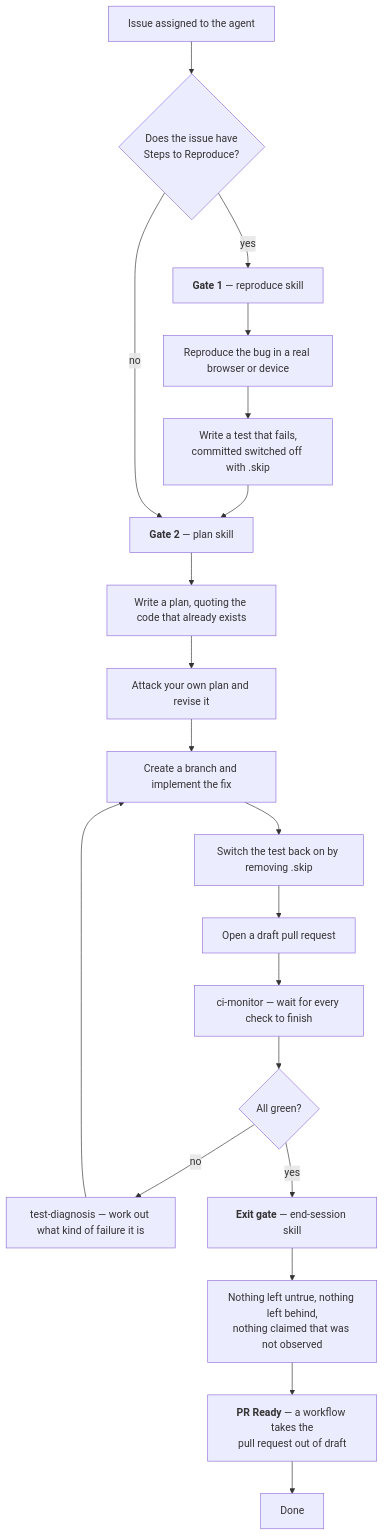
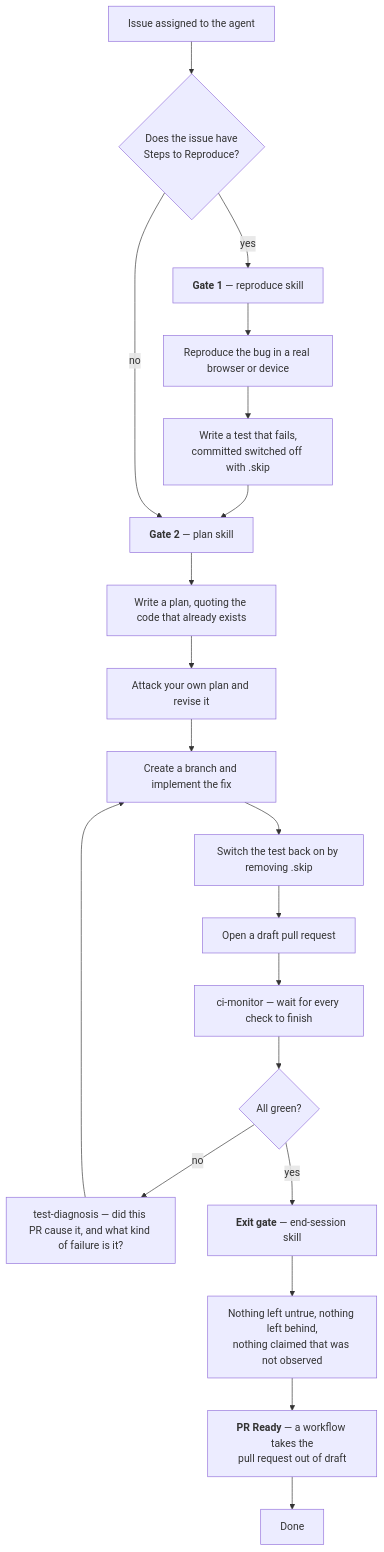
One commit to cybersemics/em changed the second of 2 diagrams in docs/agents/readme.md. Above: the diagram before and after it, drawn with Mermaid. The commit also changed 8 other files, not shown here.

````diff
--- a/docs/agents/readme.md
+++ b/docs/agents/readme.md
@@ -74,35 +74,35 @@
 ```mermaid
 flowchart TD
     A["Issue assigned to the agent"] --> B{"Does the issue have<br/>Steps to Reproduce?"}
     B -- yes --> C["<b>Gate 1</b> — reproduce skill"]
     C --> C1["Reproduce the bug in a real browser or device"]
     C1 --> C2["Write a test that fails,<br/>committed switched off with .skip"]
     C2 --> D["<b>Gate 2</b> — plan skill"]
     B -- no --> D
     D --> D1["Write a plan, quoting the code that already exists"]
     D1 --> D2["Attack your own plan and revise it"]
     D2 --> E["Create a branch and implement the fix"]
     E --> E1["Switch the test back on by removing .skip"]
     E1 --> F["Open a draft pull request"]
     F --> G["ci-monitor — wait for every check to finish"]
     G --> H{"All green?"}
-    H -- no --> I["test-diagnosis — work out what kind of failure it is"]
+    H -- no --> I["test-diagnosis — did this PR cause it, and what kind of failure is it?"]
     I --> E
     H -- yes --> J["<b>Exit gate</b> — end-session skill"]
     J --> J1["Nothing left untrue, nothing left behind,<br/>nothing claimed that was not observed"]
     J1 --> J2["<b>PR Ready</b> — a workflow takes the<br/>pull request out of draft"]
     J2 --> K["Done"]
 
     click C "https://github.com/cybersemics/em/blob/HEAD/docs/agents/skills.md#reproduce" "The reproduce skill"
     click C1 "https://github.com/cybersemics/em/blob/HEAD/docs/agents/skills.md#browser-control" "How the browser is brought up"
     click C2 "https://github.com/cybersemics/em/blob/HEAD/docs/agents/tdd.md" "Why the test is committed switched off"
     click D "https://github.com/cybersemics/em/blob/HEAD/docs/agents/skills.md#plan" "The plan skill"
     click D1 "https://github.com/cybersemics/em/blob/HEAD/docs/agents/skills.md#plan" "What the plan must contain"
     click D2 "https://github.com/cybersemics/em/blob/HEAD/docs/agents/skills.md#plan" "The critique stage"
     click E1 "https://github.com/cybersemics/em/blob/HEAD/docs/agents/tdd.md#why-locally-run-tests-ignore-the-skip" "Switching the test back on"
     click G "https://github.com/cybersemics/em/blob/HEAD/docs/agents/skills.md#ci-monitor" "The ci-monitor skill"
     click I "https://github.com/cybersemics/em/blob/HEAD/docs/agents/skills.md#test-diagnosis" "The test-diagnosis skill"
     click J "https://github.com/cybersemics/em/blob/HEAD/docs/agents/skills.md#end-session" "The end-session skill"
     click J1 "https://github.com/cybersemics/em/blob/HEAD/docs/agents/skills.md#end-session" "The exit checklist, step by step"
     click J2 "https://github.com/cybersemics/em/blob/HEAD/.github/workflows/pr-ready.yml" "The PR Ready workflow"
 ```
````
